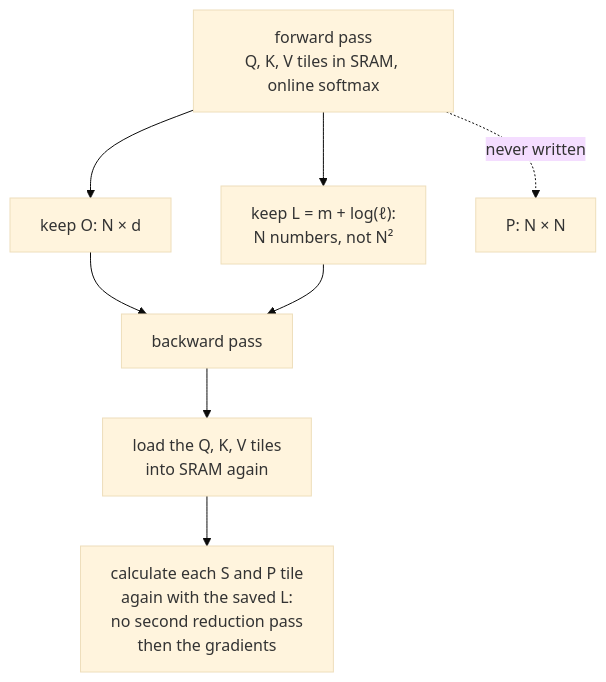
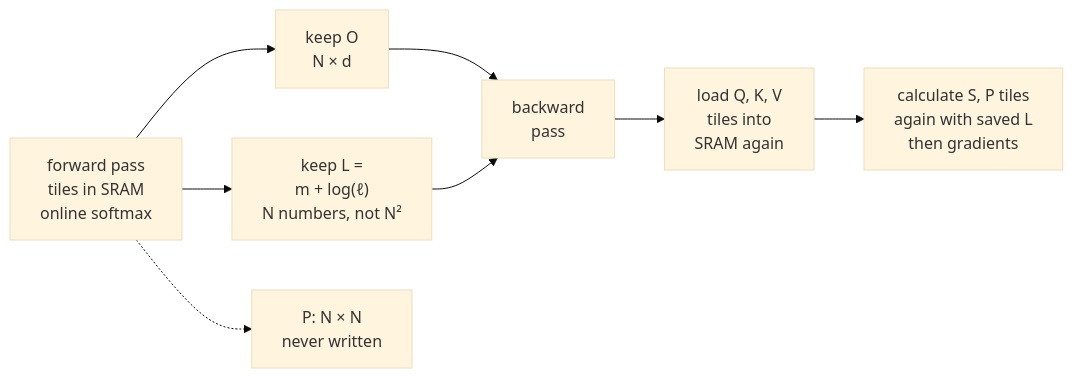
The diagram in 04-inference-engine/flash-attention/flash-attention-primer.md (aniryou/full-stack-agentic-engineer), drawn with Mermaid (base theme) before and after one commit. The commit also changed 633 other files, not shown here.

First line of the commit message:
Accessible language and one-screen figures, part 1: every figure fits a screen, the STE second pass over the layers (#53)

````diff
--- a/04-inference-engine/flash-attention/flash-attention-primer.md
+++ b/04-inference-engine/flash-attention/flash-attention-primer.md
@@ -168,10 +168,10 @@
 ```mermaid
-flowchart TB
-  F["forward pass<br/>Q, K, V tiles in SRAM, online softmax"] --> O["keep O: N × d"]
-  F --> L["keep L = m + log(ℓ):<br/>N numbers, not N²"]
-  F -. "never written" .-> P["P: N × N"]
-  O --> B["backward pass"]
+flowchart LR
+  F["forward pass<br/>tiles in SRAM<br/>online softmax"] --> O["keep O<br/>N × d"]
+  F --> L["keep L =<br/>m + log(ℓ)<br/>N numbers, not N²"]
+  F -.-> P["P: N × N<br/>never written"]
+  O --> B["backward<br/>pass"]
   L --> B
-  B --> R["load the Q, K, V tiles<br/>into SRAM again"]
-  R --> G["calculate each S and P tile<br/>again with the saved L:<br/>no second reduction pass<br/>then the gradients"]
+  B --> R["load Q, K, V<br/>tiles into<br/>SRAM again"]
+  R --> G["calculate S, P tiles<br/>again with saved L<br/>then gradients"]
 ```
````
